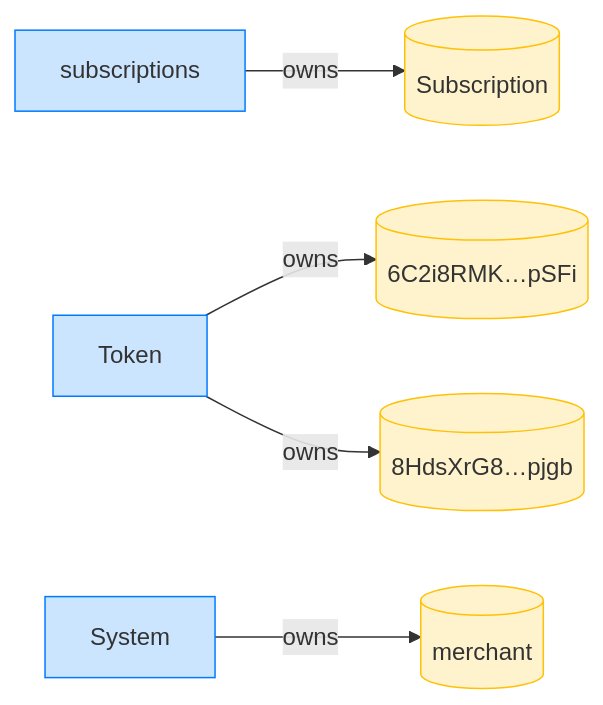
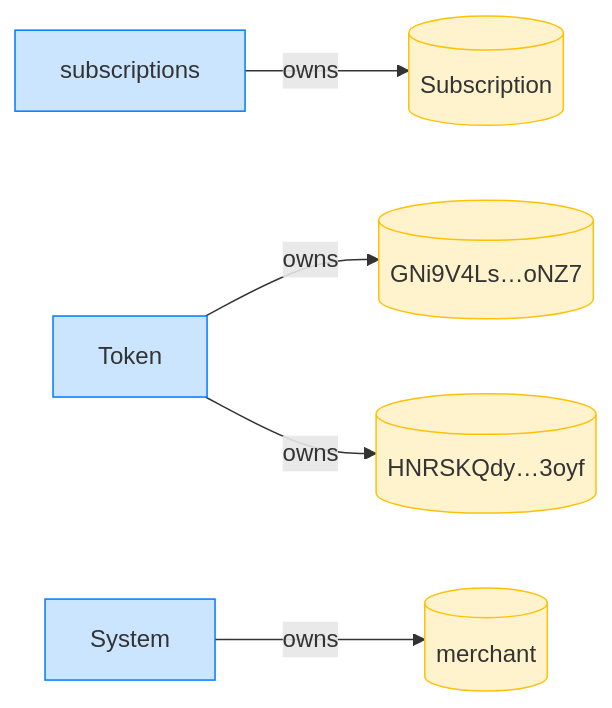
Before and after one commit to cds-rs/subscriptions: diagram 12 of 12 in dsl_tests/transfer-subscription--a-merchant-pulls.md, drawn with Mermaid. The commit also changed other lines of this file and 224 other files, not shown here.

````diff
--- a/dsl_tests/transfer-subscription--a-merchant-pulls.md
+++ b/dsl_tests/transfer-subscription--a-merchant-pulls.md
@@ -226,16 +241,16 @@
 ```mermaid
 flowchart LR
     classDef owner fill:#cce5ff,stroke:#007bff;
     classDef account fill:#fff3cd,stroke:#ffc107;
     subscriptions[subscriptions]:::owner
     Subscription[(Subscription)]:::account
     Token[Token]:::owner
-    6C2i8RMK_pSFi[("6C2i8RMK…pSFi")]:::account
-    8HdsXrG8_pjgb[("8HdsXrG8…pjgb")]:::account
+    GNi9V4Ls_oNZ7[("GNi9V4Ls…oNZ7")]:::account
+    HNRSKQdy_3oyf[("HNRSKQdy…3oyf")]:::account
     System[System]:::owner
     merchant[(merchant)]:::account
     subscriptions -->|owns| Subscription
-    Token -->|owns| 6C2i8RMK_pSFi
-    Token -->|owns| 8HdsXrG8_pjgb
+    Token -->|owns| GNi9V4Ls_oNZ7
+    Token -->|owns| HNRSKQdy_3oyf
     System -->|owns| merchant
 ```
````
